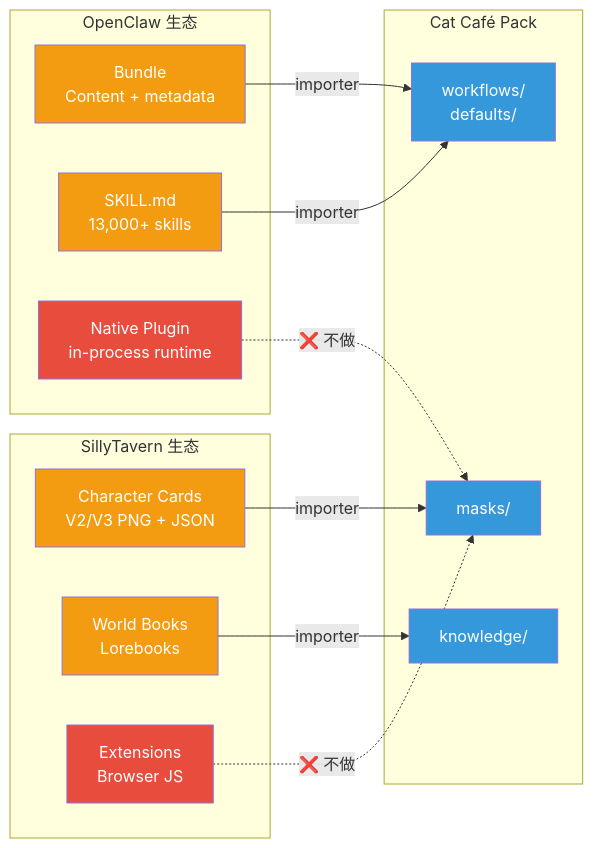
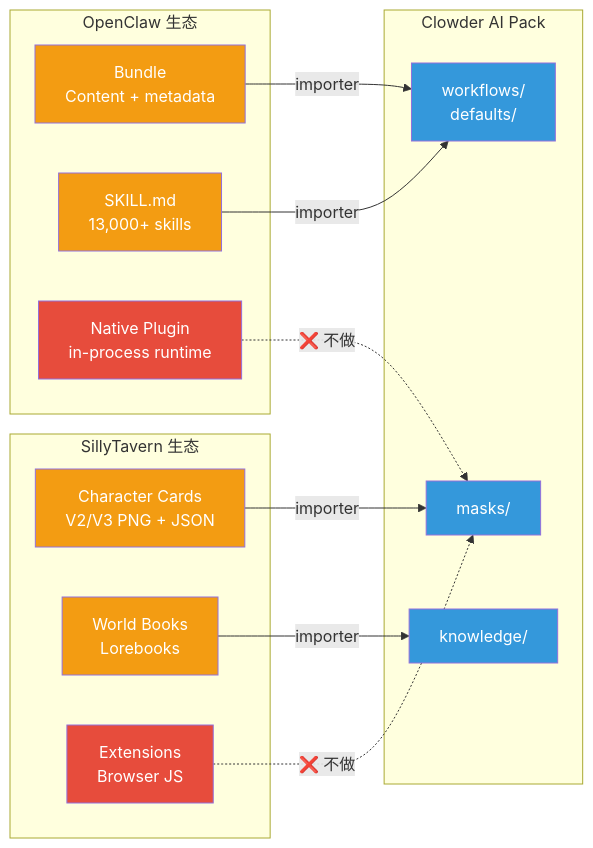
Before and after one commit to clowder-labs/clowder-ai: the fourth of 5 diagrams in docs/decisions/021-f129-pack-system-architecture.md, drawn with Mermaid. The commit also changed other lines of this file and 4325 other files, not shown here.

First line of the commit message:
sync: cat-cafe f6127ea29ad0 → clowder-ai (manifest v3)

````diff
--- a/docs/decisions/021-f129-pack-system-architecture.md
+++ b/docs/decisions/021-f129-pack-system-architecture.md
@@ -175,37 +175,37 @@
 ```mermaid
 graph LR
     subgraph "OpenClaw 生态"
         OB["Bundle<br/>Content + metadata"]
         OS["SKILL.md<br/>13,000+ skills"]
         ON["Native Plugin<br/>in-process runtime"]
     end
 
     subgraph "SillyTavern 生态"
         SC["Character Cards<br/>V2/V3 PNG + JSON"]
         SW["World Books<br/>Lorebooks"]
         SE["Extensions<br/>Browser JS"]
     end
 
-    subgraph "Cat Café Pack"
+    subgraph "Clowder AI Pack"
         PM["masks/"]
         PW["workflows/<br/>defaults/"]
         PK["knowledge/"]
     end
 
     OB -->|"importer"| PW
     OS -->|"importer"| PW
     ON -.->|"❌ 不做"| PM
     SC -->|"importer"| PM
     SW -->|"importer"| PK
     SE -.->|"❌ 不做"| PM
 
     style ON fill:#e74c3c,color:#fff
     style SE fill:#e74c3c,color:#fff
     style OB fill:#f39c12,color:#fff
     style OS fill:#f39c12,color:#fff
     style SC fill:#f39c12,color:#fff
     style SW fill:#f39c12,color:#fff
     style PM fill:#3498db,color:#fff
     style PW fill:#3498db,color:#fff
     style PK fill:#3498db,color:#fff
 ```
````
